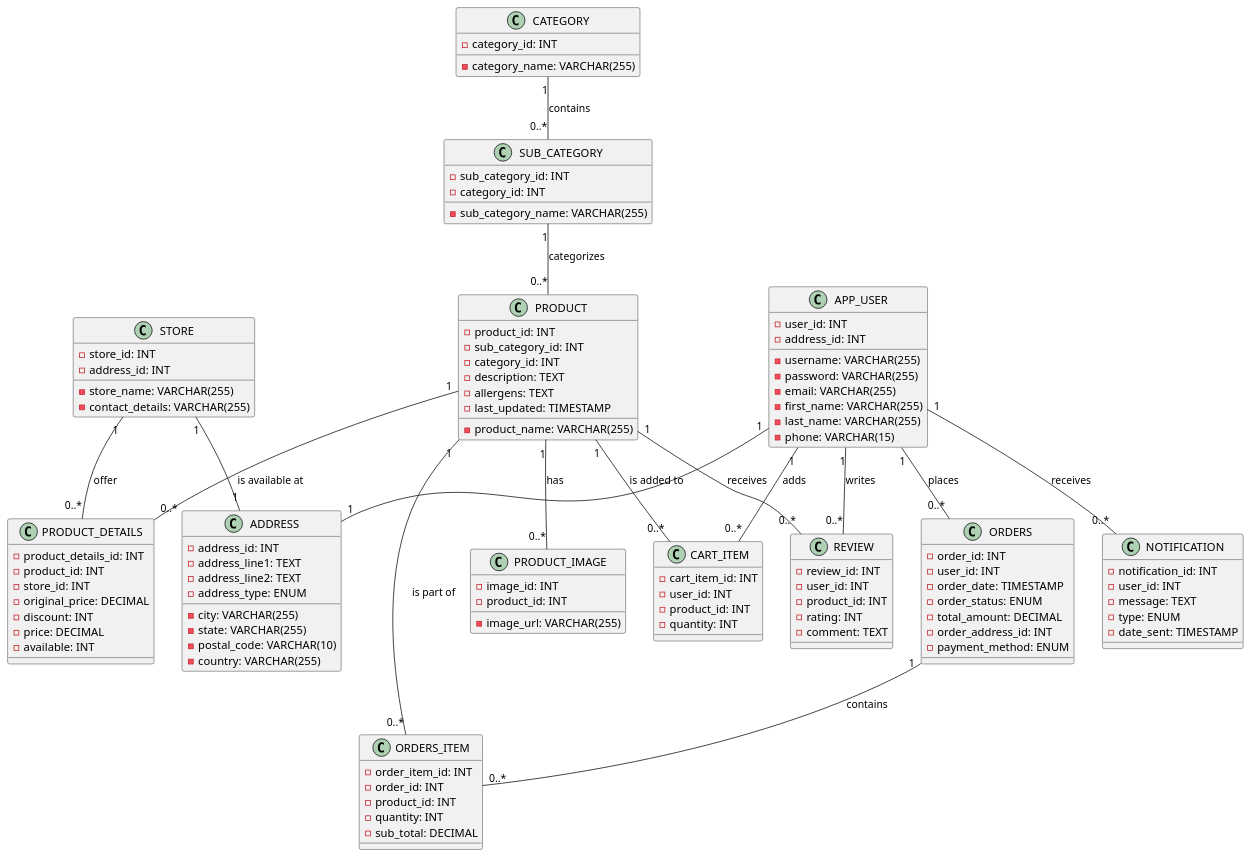
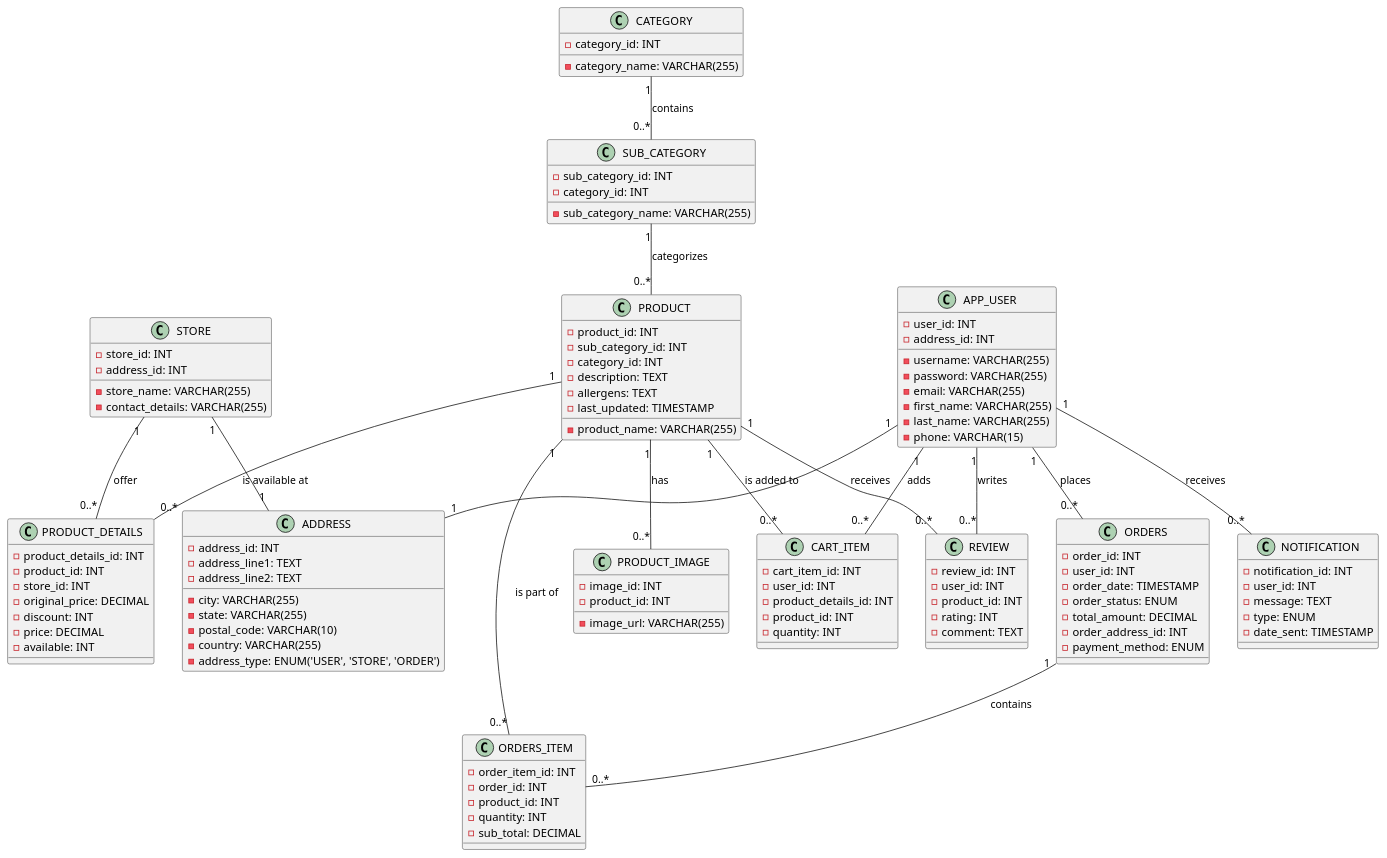
The diagram in backend/src/main/resources/db/migration/datamodel.puml (udit710/Superpice), drawn with PlantUML before and after one commit. The commit also changed 2 other files, not shown here.

```diff
--- a/backend/src/main/resources/db/migration/datamodel.puml
+++ b/backend/src/main/resources/db/migration/datamodel.puml
@@ -1,152 +1,153 @@
 @startuml
 
 class ADDRESS {
     - address_id: INT
     - address_line1: TEXT
     - address_line2: TEXT
     - city: VARCHAR(255)
     - state: VARCHAR(255)
     - postal_code: VARCHAR(10)
     - country: VARCHAR(255)
-    - address_type: ENUM
+    - address_type: ENUM('USER', 'STORE', 'ORDER')
 }
 
 
 
 class CATEGORY {
     - category_id: INT
     - category_name: VARCHAR(255)
 }
 
 
 
 class SUB_CATEGORY {
     - sub_category_id: INT
     - sub_category_name: VARCHAR(255)
     - category_id: INT
 }
 
 
 
 class PRODUCT {
     - product_id: INT
     - product_name: VARCHAR(255)
     - sub_category_id: INT
     - category_id: INT
     - description: TEXT
     - allergens: TEXT
     - last_updated: TIMESTAMP
 }
 
 
 
 class PRODUCT_IMAGE {
     - image_id: INT
     - product_id: INT
     - image_url: VARCHAR(255)
 }
 
 
 
 class STORE {
     - store_id: INT
     - store_name: VARCHAR(255)
     - address_id: INT
     - contact_details: VARCHAR(255)
 }
 
 
 
 class APP_USER {
     - user_id: INT
     - username: VARCHAR(255)
     - password: VARCHAR(255)
     - email: VARCHAR(255)
     - first_name: VARCHAR(255)
     - last_name: VARCHAR(255)
     - phone: VARCHAR(15)
     - address_id: INT
 }
 
 
 
 class REVIEW {
     - review_id: INT
     - user_id: INT
     - product_id: INT
     - rating: INT
     - comment: TEXT
 }
 
 
 
 class ORDERS {
     - order_id: INT
     - user_id: INT
     - order_date: TIMESTAMP
     - order_status: ENUM
     - total_amount: DECIMAL
     - order_address_id: INT
     - payment_method: ENUM
 }
 
 
 
 class ORDERS_ITEM {
     - order_item_id: INT
     - order_id: INT
     - product_id: INT
     - quantity: INT
     - sub_total: DECIMAL
 }
 
 
 
 class NOTIFICATION {
     - notification_id: INT
     - user_id: INT
     - message: TEXT
     - type: ENUM
     - date_sent: TIMESTAMP
 }
 
 
 
 class CART_ITEM {
     - cart_item_id: INT
     - user_id: INT
+    - product_details_id: INT
     - product_id: INT
     - quantity: INT
 }
 
 
 
 class PRODUCT_DETAILS {
     - product_details_id: INT
     - product_id: INT
     - store_id: INT
     - original_price: DECIMAL
     - discount: INT
     - price: DECIMAL
     - available: INT
 }
 
 
 
 CATEGORY "1" -- "0..*" SUB_CATEGORY: contains
 SUB_CATEGORY "1" -- "0..*" PRODUCT: categorizes
 PRODUCT "1" -- "0..*" PRODUCT_IMAGE: has
 STORE "1" -- "1" ADDRESS
 APP_USER "1" -- "1" ADDRESS
 APP_USER "1" -- "0..*" REVIEW: writes
 PRODUCT "1" -- "0..*" REVIEW: receives
 APP_USER "1" -- "0..*" ORDERS: places
 ORDERS "1" -- "0..*" ORDERS_ITEM: contains
 PRODUCT "1" -- "0..*" ORDERS_ITEM: is part of
 APP_USER "1" -- "0..*" NOTIFICATION: receives
 APP_USER "1" -- "0..*" CART_ITEM: adds
 PRODUCT "1" -- "0..*" CART_ITEM: is added to
 PRODUCT "1" -- "0..*" PRODUCT_DETAILS: is available at
 STORE "1" -- "0..*" PRODUCT_DETAILS: offer
 
 @enduml
```
